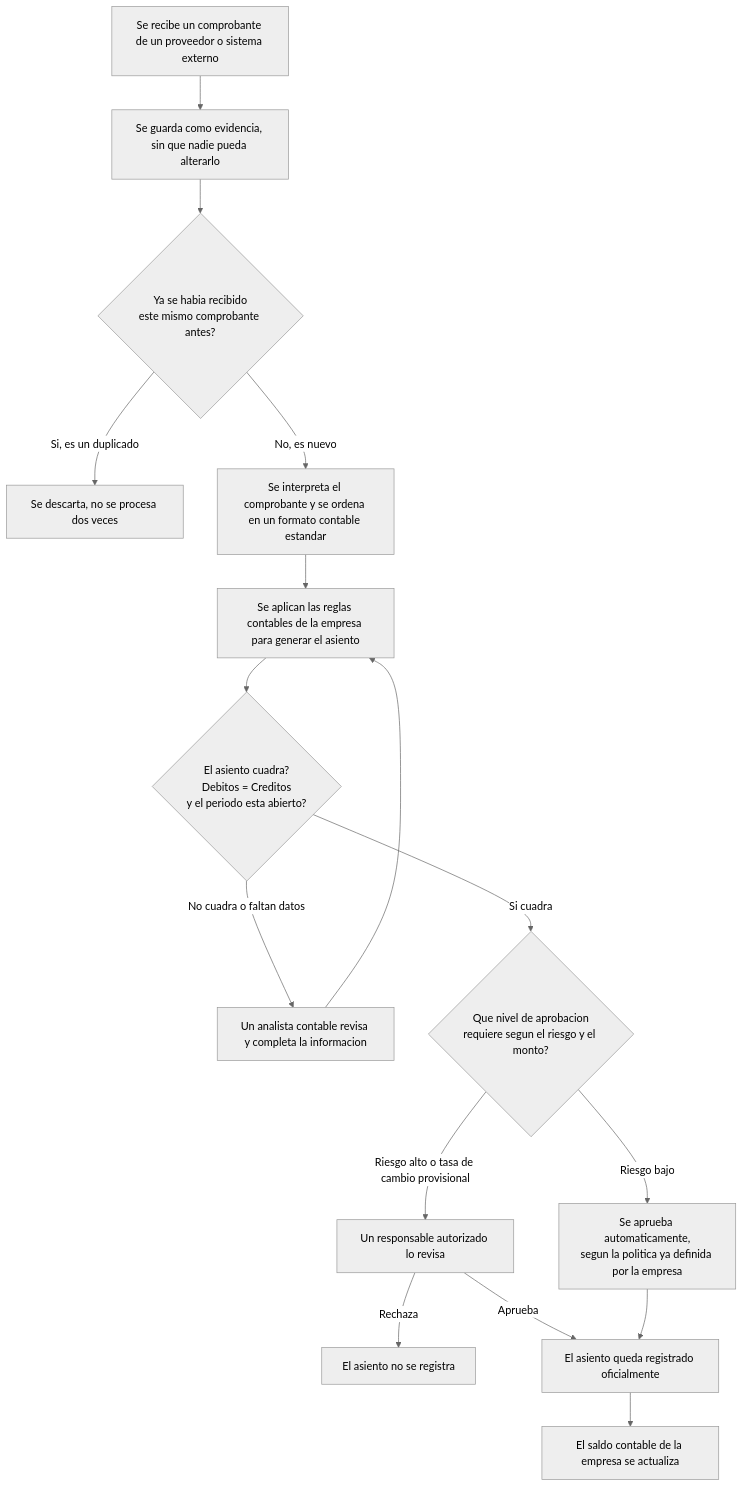
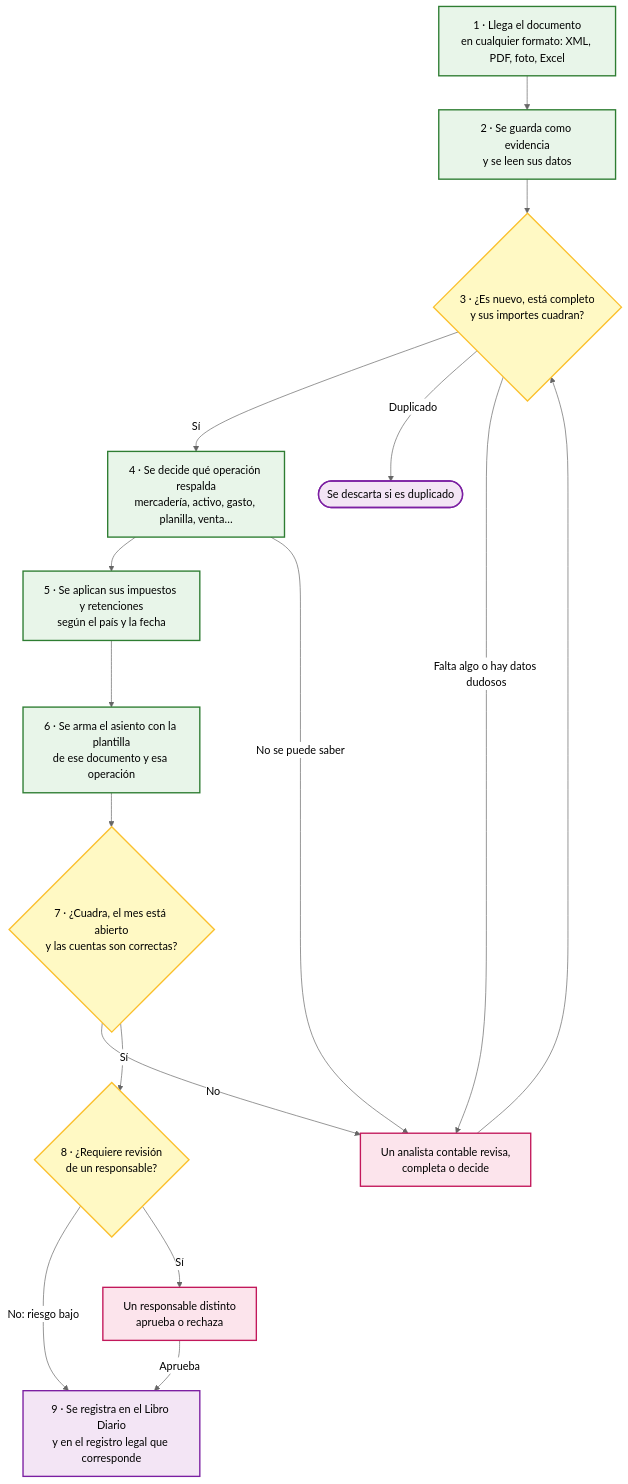
The sixth of 11 diagrams in specs/SDD-ACL-Translation-Engine.md (LinuxRiders/SaasContable), drawn with Mermaid (neutral theme) before and after one commit. The commit also changed other lines of this file and 343 other files, not shown here.

````diff
--- a/specs/SDD-ACL-Translation-Engine.md
+++ b/specs/SDD-ACL-Translation-Engine.md
@@ -223,18 +470,36 @@
 ```mermaid
 flowchart TD
-    A["Se recibe un comprobante de un proveedor o sistema externo"] --> B["Se guarda como evidencia, sin que nadie pueda alterarlo"]
-    B --> C{"Ya se habia recibido<br/>este mismo comprobante antes?"}
-    C -->|Si, es un duplicado| D["Se descarta, no se procesa dos veces"]
-    C -->|No, es nuevo| E["Se interpreta el comprobante y se ordena en un formato contable estandar"]
-    E --> F["Se aplican las reglas contables de la empresa para generar el asiento"]
-    F --> G{"El asiento cuadra?<br/>Debitos = Creditos<br/>y el periodo esta abierto?"}
-    G -->|No cuadra o faltan datos| H["Un analista contable revisa y completa la informacion"]
-    H --> F
-    G -->|Si cuadra| I{"Que nivel de aprobacion<br/>requiere segun el riesgo y el monto?"}
-    I -->|Riesgo bajo| J["Se aprueba automaticamente,<br/>segun la politica ya definida por la empresa"]
-    I -->|Riesgo alto o tasa de cambio provisional| K["Un responsable autorizado lo revisa"]
-    K -->|Rechaza| L["El asiento no se registra"]
-    K -->|Aprueba| M["El asiento queda registrado oficialmente"]
-    J --> M
-    M --> N["El saldo contable de la empresa se actualiza"]
+    classDef step fill:#e8f5e9,stroke:#2e7d32,stroke-width:2px
+    classDef check fill:#fff9c4,stroke:#fbc02d,stroke-width:2px
+    classDef person fill:#fce4ec,stroke:#c2185b,stroke-width:2px
+    classDef end_ fill:#f3e5f5,stroke:#7b1fa2,stroke-width:2px
+
+    A["1 · Llega el documento<br/>en cualquier formato: XML, PDF, foto, Excel"]
+    B["2 · Se guarda como evidencia<br/>y se leen sus datos"]
+    C{"3 · ¿Es nuevo, está completo<br/>y sus importes cuadran?"}
+    D["4 · Se decide qué operación respalda<br/>mercadería, activo, gasto, planilla, venta…"]
+    E["5 · Se aplican sus impuestos y retenciones<br/>según el país y la fecha"]
+    F["6 · Se arma el asiento con la plantilla<br/>de ese documento y esa operación"]
+    G{"7 · ¿Cuadra, el mes está abierto<br/>y las cuentas son correctas?"}
+    H{"8 · ¿Requiere revisión<br/>de un responsable?"}
+    I["9 · Se registra en el Libro Diario<br/>y en el registro legal que corresponde"]
+    X["Un analista contable revisa,<br/>completa o decide"]
+    Y["Un responsable distinto<br/>aprueba o rechaza"]
+    Z(["Se descarta si es duplicado"])
+
+    A --> B --> C
+    C -->|Sí| D --> E --> F --> G
+    C -->|Duplicado| Z
+    C -->|Falta algo o hay datos dudosos| X
+    D -->|No se puede saber| X
+    G -->|No| X
+    X --> C
+    G -->|Sí| H
+    H -->|No: riesgo bajo| I
+    H -->|Sí| Y -->|Aprueba| I
+
+    class A,B,D,E,F step
+    class C,G,H check
+    class X,Y person
+    class I,Z end_
 ```
````
